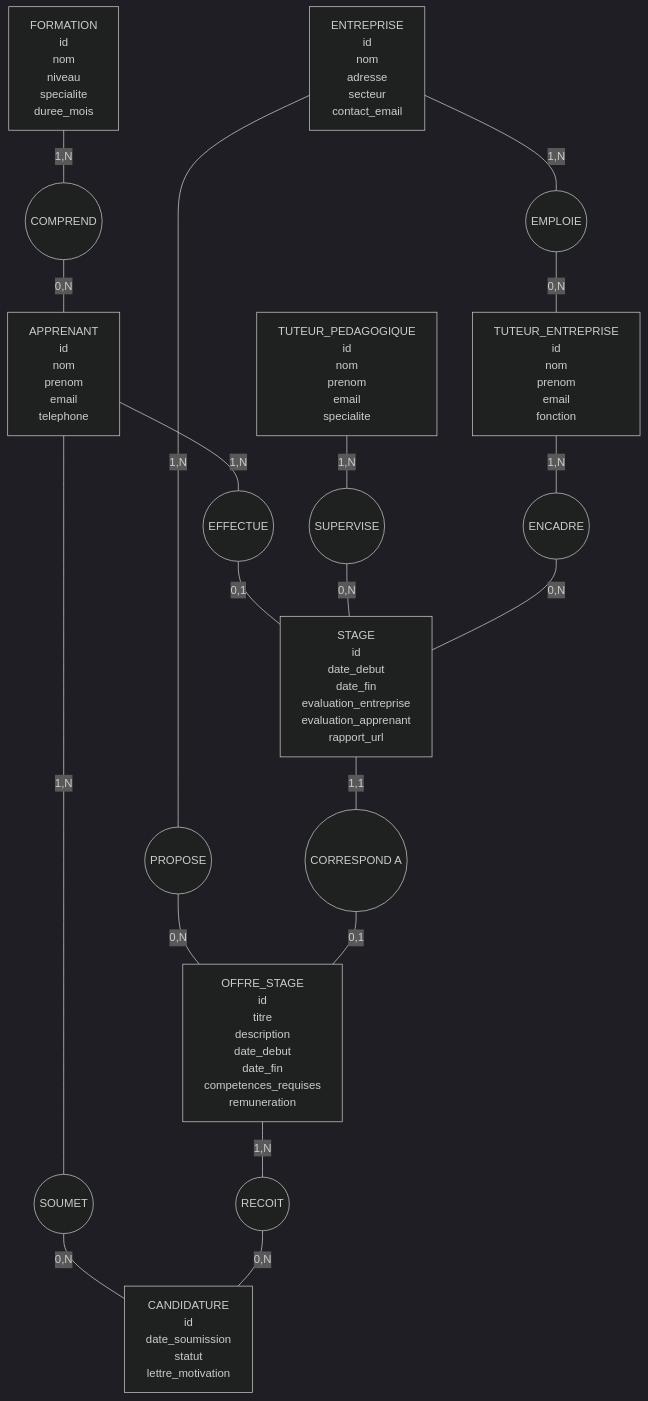
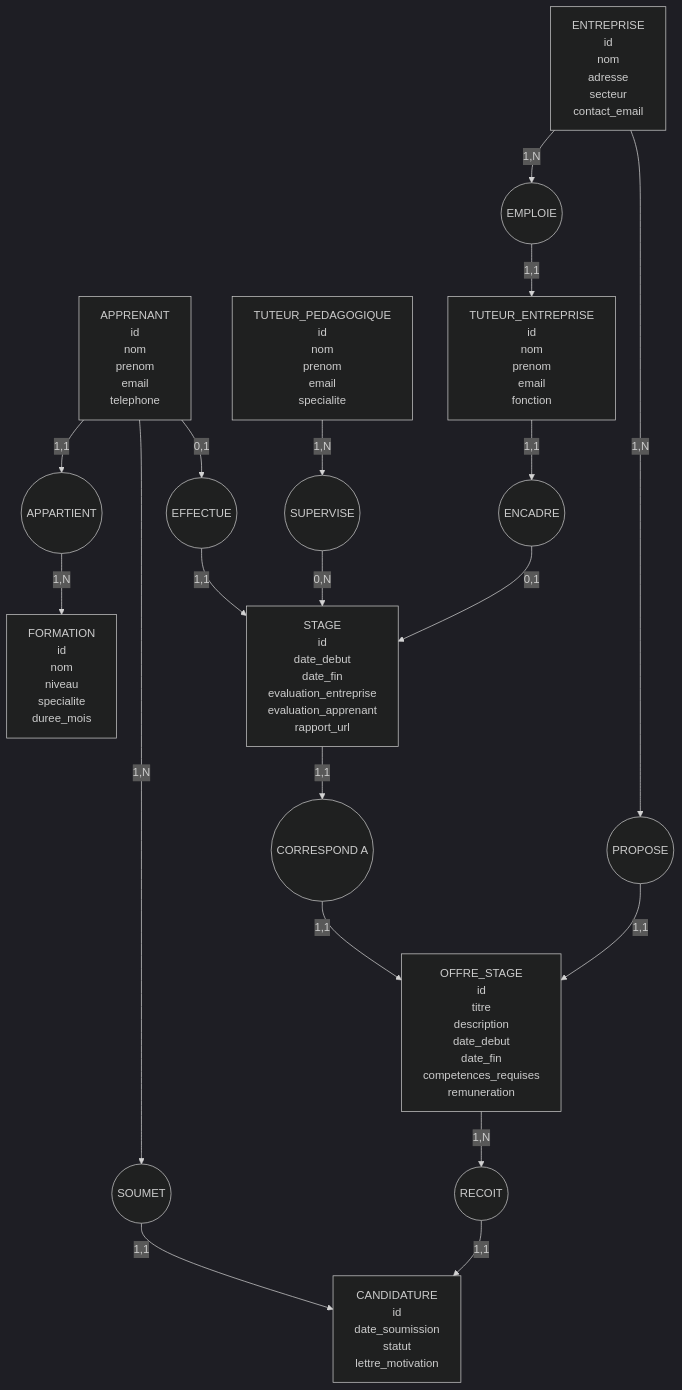
Before and after one commit to EFP-DEV/1-X75-LDB: the diagram in more/MERISE_MCD.mermaid, drawn with Mermaid (dark theme). The commit also changed 1 other file, not shown here.

Commit message:
Correct MCD diagram relationships

```diff
--- a/more/MERISE_MCD.mermaid
+++ b/more/MERISE_MCD.mermaid
@@ -1,95 +1,95 @@
 graph TD
     APPRENANT["APPRENANT
     id
     nom
     prenom
     email
     telephone"]
     
     ENTREPRISE["ENTREPRISE
     id
     nom
     adresse
     secteur
     contact_email"]
     
     OFFRE_STAGE["OFFRE_STAGE
     id
     titre
     description
     date_debut
     date_fin
     competences_requises
     remuneration"]
     
     CANDIDATURE["CANDIDATURE
     id
     date_soumission
     statut
     lettre_motivation"]
     
     STAGE["STAGE
     id
     date_debut
     date_fin
     evaluation_entreprise
     evaluation_apprenant
     rapport_url"]
     
     TUTEUR_PEDAGOGIQUE["TUTEUR_PEDAGOGIQUE
     id
     nom
     prenom
     email
     specialite"]
     
     TUTEUR_ENTREPRISE["TUTEUR_ENTREPRISE
     id
     nom
     prenom
     email
     fonction"]
     
     FORMATION["FORMATION
     id
     nom
     niveau
     specialite
     duree_mois"]
     
     EFFECTUE(("EFFECTUE"))
     SOUMET(("SOUMET"))
     PROPOSE(("PROPOSE"))
     RECOIT(("RECOIT"))
     CORRESPOND_A(("CORRESPOND A"))
     SUPERVISE(("SUPERVISE"))
     ENCADRE(("ENCADRE"))
-    COMPREND(("COMPREND"))
+    APPARTIENT(("APPARTIENT"))
     EMPLOIE(("EMPLOIE"))
     
-    APPRENANT --- |"1,N"| EFFECTUE
-    EFFECTUE --- |"0,1"| STAGE
+    APPRENANT -->|"0,1"| EFFECTUE
+    EFFECTUE -->|"1,1"| STAGE
     
-    APPRENANT --- |"1,N"| SOUMET
-    SOUMET --- |"0,N"| CANDIDATURE
+    APPRENANT -->|"1,N"| SOUMET
+    SOUMET -->|"1,1"| CANDIDATURE
     
-    ENTREPRISE --- |"1,N"| PROPOSE
-    PROPOSE --- |"0,N"| OFFRE_STAGE
+    ENTREPRISE -->|"1,N"| PROPOSE
+    PROPOSE -->|"1,1"| OFFRE_STAGE
     
-    OFFRE_STAGE --- |"1,N"| RECOIT
-    RECOIT --- |"0,N"| CANDIDATURE
+    OFFRE_STAGE -->|"1,N"| RECOIT
+    RECOIT -->|"1,1"| CANDIDATURE
     
-    STAGE --- |"1,1"| CORRESPOND_A
-    CORRESPOND_A --- |"0,1"| OFFRE_STAGE
+    STAGE -->|"1,1"| CORRESPOND_A
+    CORRESPOND_A -->|"1,1"| OFFRE_STAGE
     
-    TUTEUR_PEDAGOGIQUE --- |"1,N"| SUPERVISE
-    SUPERVISE --- |"0,N"| STAGE
+    TUTEUR_PEDAGOGIQUE -->|"1,N"| SUPERVISE
+    SUPERVISE -->|"0,N"| STAGE
     
-    TUTEUR_ENTREPRISE --- |"1,N"| ENCADRE
-    ENCADRE --- |"0,N"| STAGE
+    TUTEUR_ENTREPRISE -->|"1,1"| ENCADRE
+    ENCADRE -->|"0,1"| STAGE
     
-    FORMATION --- |"1,N"| COMPREND
-    COMPREND --- |"0,N"| APPRENANT
+    APPRENANT -->|"1,1"| APPARTIENT
+    APPARTIENT -->|"1,N"| FORMATION
     
-    ENTREPRISE --- |"1,N"| EMPLOIE
-    EMPLOIE --- |"0,N"| TUTEUR_ENTREPRISE
+    ENTREPRISE -->|"1,N"| EMPLOIE
+    EMPLOIE -->|"1,1"| TUTEUR_ENTREPRISE
```
